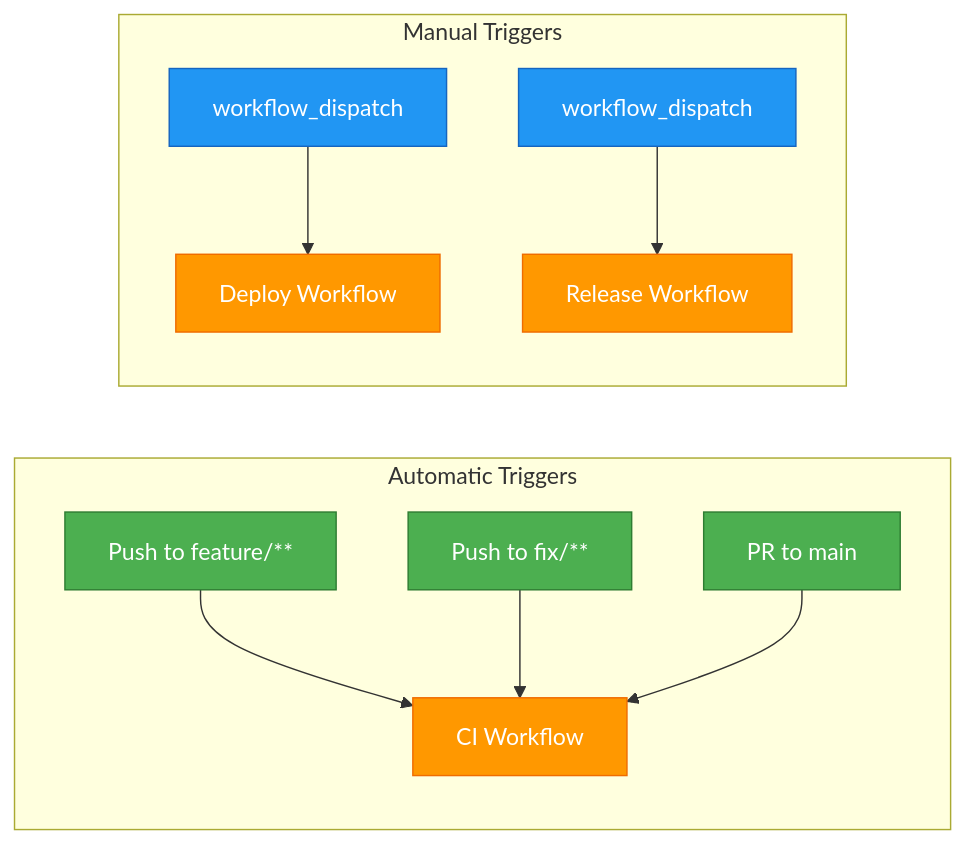
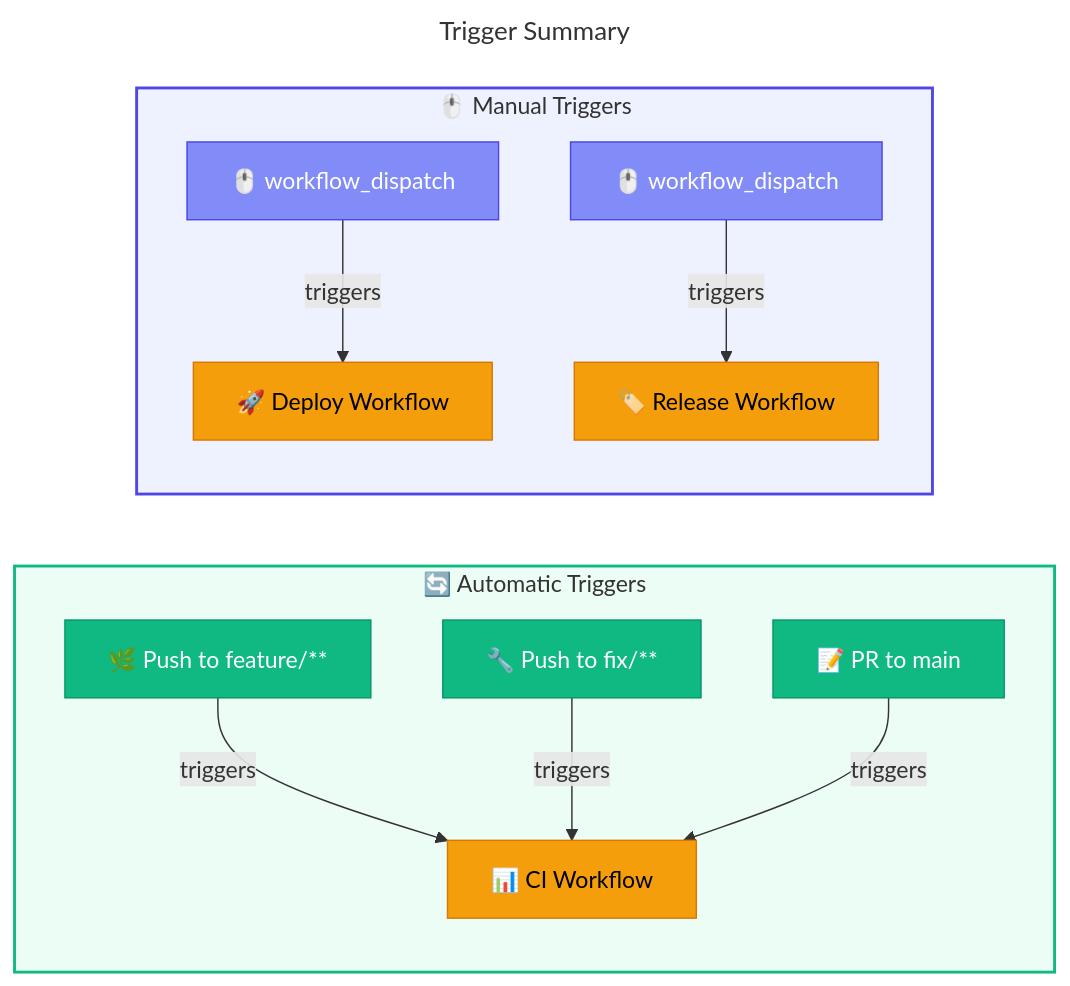
One commit to Evilazaro/DevExp-DevBox changed the second of 3 diagrams in docs/devops/README.md. Above: the diagram before and after it, drawn with Mermaid. The commit also changed other lines of this file, not shown here.

Commit message:
Enhance CI/CD pipeline documentation by adding emojis, improving diagram styles, and refining connections for better clarity and navigation.

````diff
--- a/docs/devops/README.md
+++ b/docs/devops/README.md
@@ -149,21 +166,31 @@
 ```mermaid
+---
+title: Trigger Summary
+---
 flowchart LR
-    subgraph "Automatic Triggers"
-        A1["Push to feature/**"] --> CI["CI Workflow"]
-        A2["Push to fix/**"] --> CI
-        A3["PR to main"] --> CI
+    %% ===== AUTOMATIC TRIGGERS =====
+    subgraph AutoTriggers["🔄 Automatic Triggers"]
+        A1["🌿 Push to feature/**"] -->|triggers| CI["📊 CI Workflow"]
+        A2["🔧 Push to fix/**"] -->|triggers| CI
+        A3["📝 PR to main"] -->|triggers| CI
     end
 
-    subgraph "Manual Triggers"
-        M1["workflow_dispatch"] --> DEPLOY["Deploy Workflow"]
-        M2["workflow_dispatch"] --> RELEASE["Release Workflow"]
+    %% ===== MANUAL TRIGGERS =====
+    subgraph ManualTriggers["🖱️ Manual Triggers"]
+        M1["🖱️ workflow_dispatch"] -->|triggers| DEPLOY["🚀 Deploy Workflow"]
+        M2["🖱️ workflow_dispatch"] -->|triggers| RELEASE["🏷️ Release Workflow"]
     end
 
-    classDef auto fill:#4CAF50,stroke:#2E7D32,color:#fff
-    classDef manual fill:#2196F3,stroke:#1565C0,color:#fff
-    classDef workflow fill:#FF9800,stroke:#EF6C00,color:#fff
+    %% ===== STYLES =====
+    classDef secondary fill:#10B981,stroke:#059669,color:#FFFFFF
+    classDef trigger fill:#818CF8,stroke:#4F46E5,color:#FFFFFF
+    classDef datastore fill:#F59E0B,stroke:#D97706,color:#000000
 
-    class A1,A2,A3 auto
-    class M1,M2 manual
-    class CI,DEPLOY,RELEASE workflow
+    class A1,A2,A3 secondary
+    class M1,M2 trigger
+    class CI,DEPLOY,RELEASE datastore
+    
+    %% ===== SUBGRAPH STYLES =====
+    style AutoTriggers fill:#ECFDF5,stroke:#10B981,stroke-width:2px
+    style ManualTriggers fill:#EEF2FF,stroke:#4F46E5,stroke-width:2px
 ```
````
